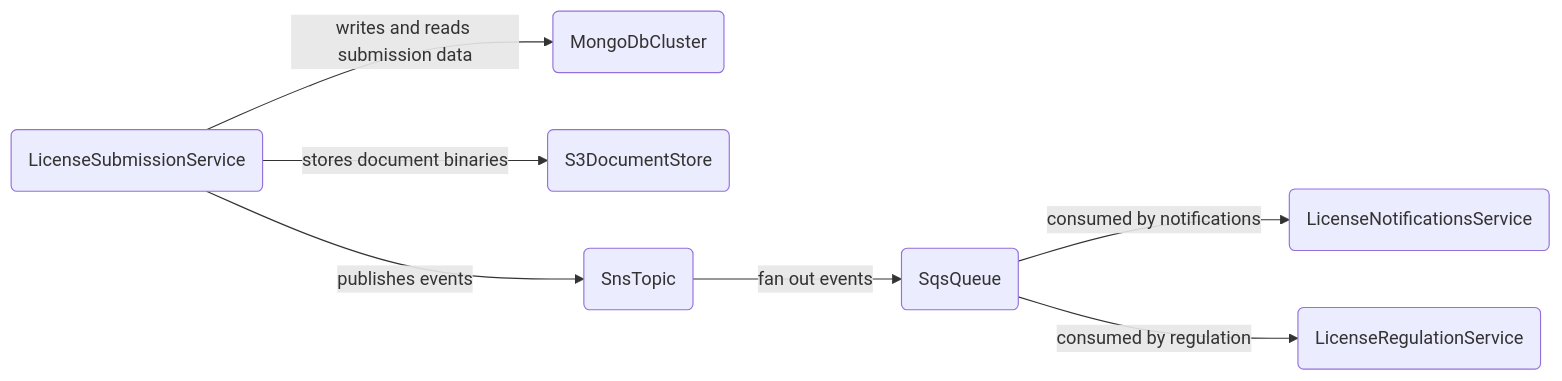
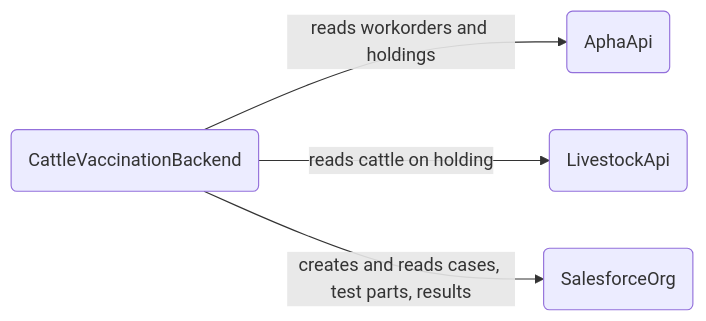
The first of 3 diagrams in technology/data-architecture/physical-view/README.md (DEFRA/cattle-vaccination-documentation), drawn with Mermaid before and after one commit. The commit also changed other lines of this file and 3 other files, not shown here.

````diff
--- a/technology/data-architecture/physical-view/README.md
+++ b/technology/data-architecture/physical-view/README.md
@@ -15,17 +15,11 @@
 ```mermaid
 flowchart LR
-  SubmissionSvc(LicenseSubmissionService)
-  RegulationSvc(LicenseRegulationService)
-  NotificationsSvc(LicenseNotificationsService)
-  MongoDb(MongoDbCluster)
-  S3Store(S3DocumentStore)
-  EventTopic(SnsTopic)
-  EventQueue(SqsQueue)
+  Backend(CattleVaccinationBackend)
+  SalesforceOrg(SalesforceOrg)
+  AphaApi(AphaApi)
+  LivestockApi(LivestockApi)
 
-  SubmissionSvc -->|"writes and reads submission data"| MongoDb
-  SubmissionSvc -->|"stores document binaries"| S3Store
-  SubmissionSvc -->|"publishes events"| EventTopic
-  EventTopic -->|"fan out events"| EventQueue
-  EventQueue -->|"consumed by notifications"| NotificationsSvc
-  EventQueue -->|"consumed by regulation"| RegulationSvc
+  Backend -->|"reads workorders and holdings"| AphaApi
+  Backend -->|"reads cattle on holding"| LivestockApi
+  Backend -->|"creates and reads cases, test parts, results"| SalesforceOrg
 ```
````
